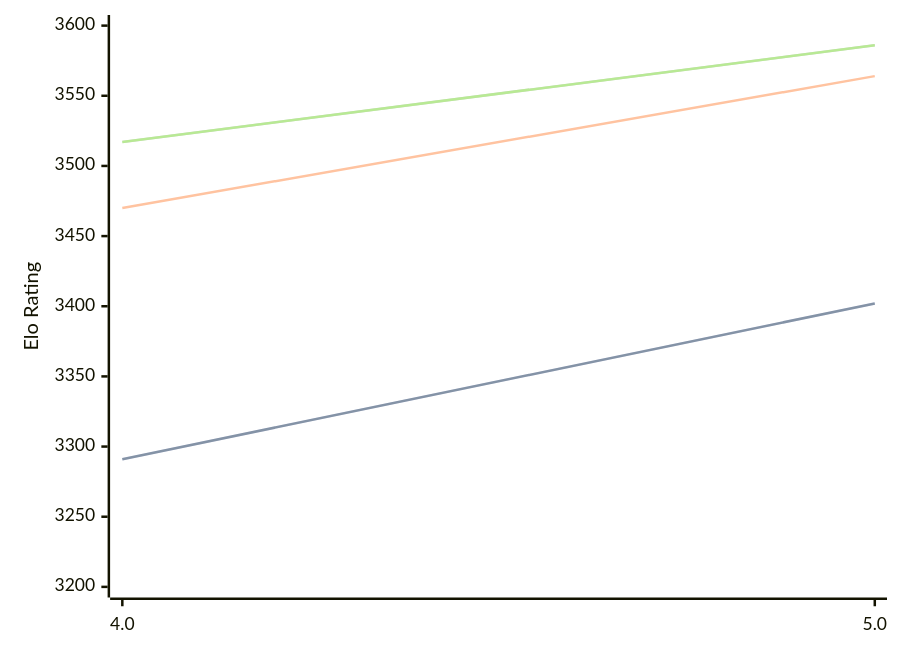
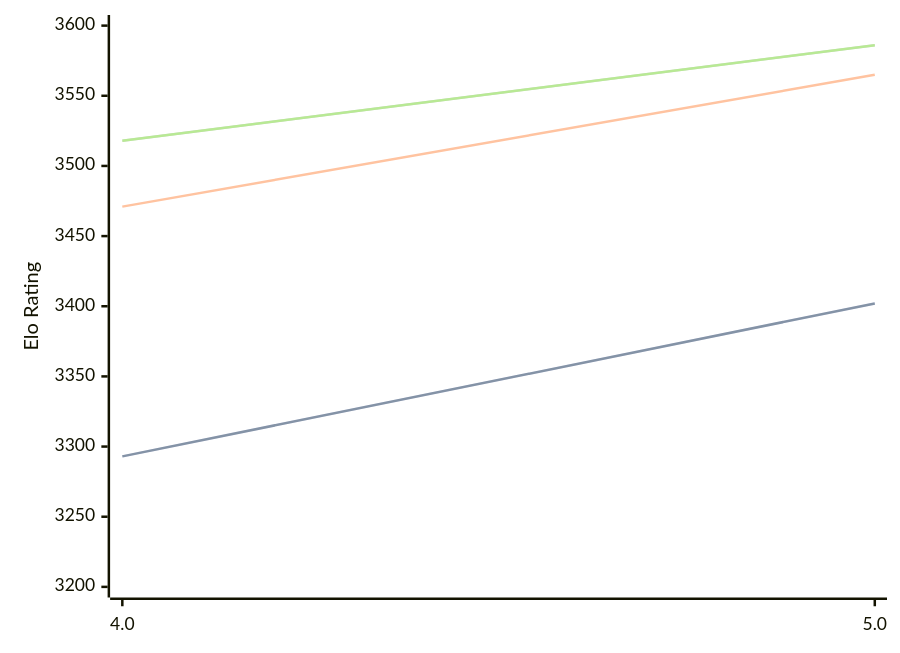
The diagram in engines/Tarnished.md (computer-chess-index/cci), drawn with Mermaid before and after one commit. The commit also changed other lines of this file, not shown here.

Commit message:
Update CCI Ratings (ELO VLTC) - 2026-04-19

````diff
--- a/engines/Tarnished.md
+++ b/engines/Tarnished.md
@@ -36,11 +36,11 @@
 ```mermaid
 %%{init: {"theme":"base","themeVariables":{"seriesColors:['#a3a3a3','#222221','#faa371']}}}%%
 xychart-beta
   x-axis ["4.0", "5.0"]
   y-axis "Elo Rating" 3200 --> 3600
-  line "STC (8.0+0.08s)" [3291, 3402]
-  line "STC (8.0+0.08s)" [3291, 3402]
-  line "LTC (60.0+0.60s)" [3470, 3564]
-  line "VLTC (2m24s+1.12s)" [3517, 3586]
-  line "VLTC (2m24s+1.12s)" [3517, 3586]
+  line "STC (8.0+0.08s)" [3293, 3402]
+  line "STC (8.0+0.08s)" [3293, 3402]
+  line "LTC (60.0+0.60s)" [3471, 3565]
+  line "VLTC (2m24s+1.12s)" [3518, 3586]
+  line "VLTC (2m24s+1.12s)" [3518, 3586]
 ```
````
